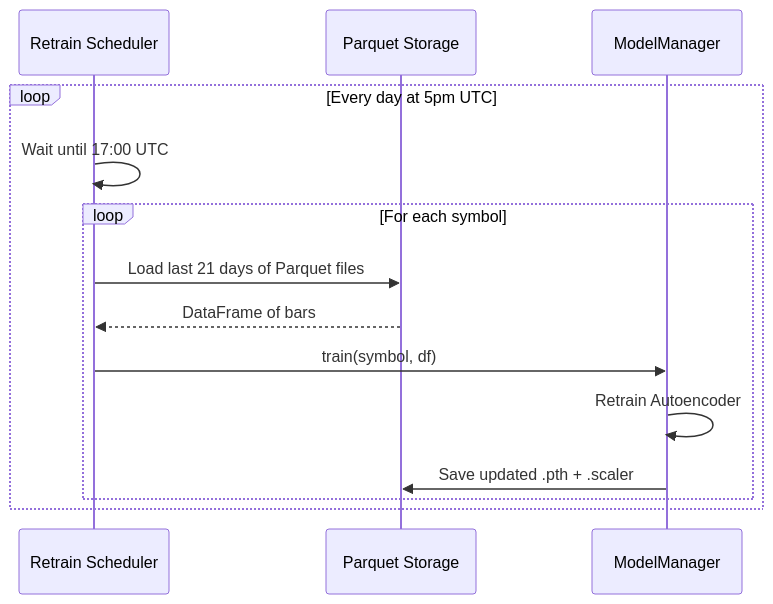
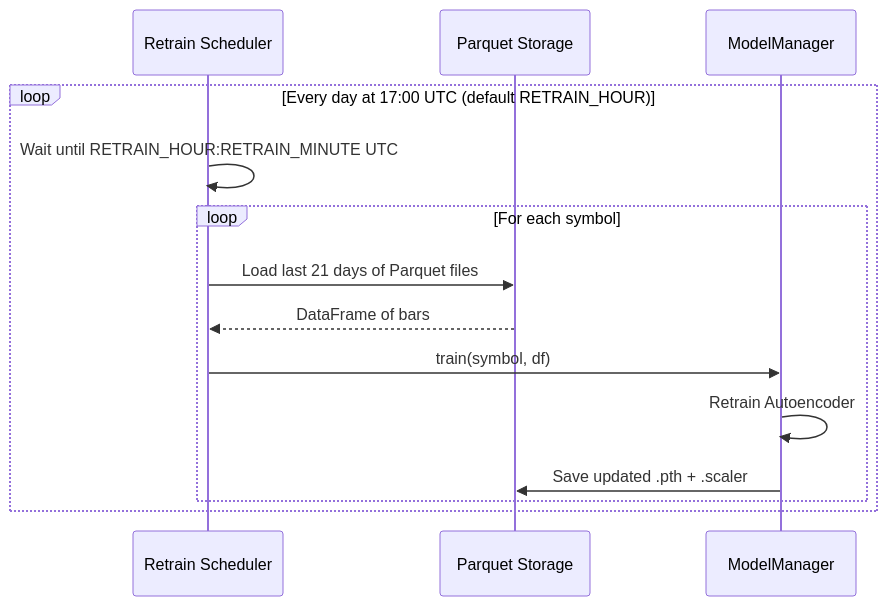
One commit to ran-shallom/market-anomaly-detector changed the fourth of 5 diagrams in docs/design.md. Above: the diagram before and after it, drawn with Mermaid. The commit also changed other lines of this file and 10 other files, not shown here.

First line of the commit message:
Docs and config: IBKR_PORT env, UTC retrain notes, doc accuracy

````diff
--- a/docs/design.md
+++ b/docs/design.md
@@ -160,17 +160,17 @@
 ```mermaid
 sequenceDiagram
     participant SCHED as Retrain Scheduler
     participant DISK as Parquet Storage
     participant MGR as ModelManager
 
-    loop Every day at 5pm UTC
-        SCHED->>SCHED: Wait until 17:00 UTC
+    loop Every day at 17:00 UTC (default RETRAIN_HOUR)
+        SCHED->>SCHED: Wait until RETRAIN_HOUR:RETRAIN_MINUTE UTC
         loop For each symbol
             SCHED->>DISK: Load last 21 days of Parquet files
             DISK-->>SCHED: DataFrame of bars
             SCHED->>MGR: train(symbol, df)
             MGR->>MGR: Retrain Autoencoder
             MGR->>DISK: Save updated .pth + .scaler
         end
     end
 ```
````
